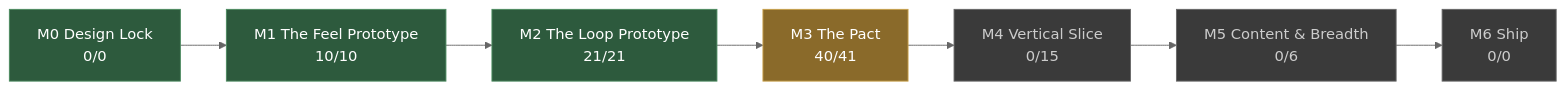
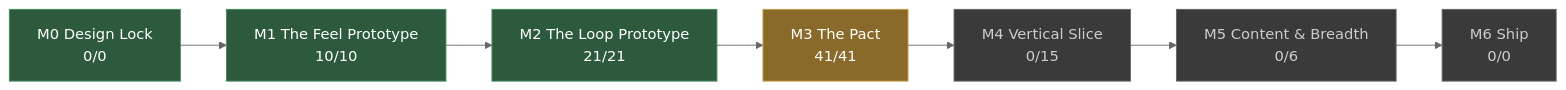
One commit to JoshuaGessner/she changed the diagram in docs/STATUS.md. Above: the diagram before and after it, drawn with Mermaid (neutral theme). The commit also changed other lines of this file and 6 other files, not shown here.

````diff
--- a/docs/STATUS.md
+++ b/docs/STATUS.md
@@ -13,19 +13,19 @@
 ```mermaid
 flowchart LR
   M0["M0 Design Lock<br/>0/0"]:::passed
   M1["M1 The Feel Prototype<br/>10/10"]:::passed
   M0 --> M1
   M2["M2 The Loop Prototype<br/>21/21"]:::passed
   M1 --> M2
-  M3["M3 The Pact<br/>40/41"]:::current
+  M3["M3 The Pact<br/>41/41"]:::current
   M2 --> M3
   M4["M4 Vertical Slice<br/>0/15"]:::ahead
   M3 --> M4
   M5["M5 Content & Breadth<br/>0/6"]:::ahead
   M4 --> M5
   M6["M6 Ship<br/>0/0"]:::ahead
   M5 --> M6
   classDef passed fill:#2d5a3d,stroke:#4a8a5f,color:#fff
   classDef current fill:#8a6a2a,stroke:#c8a04a,color:#fff
   classDef ahead fill:#3a3a3a,stroke:#666,color:#ccc
 ```
````
